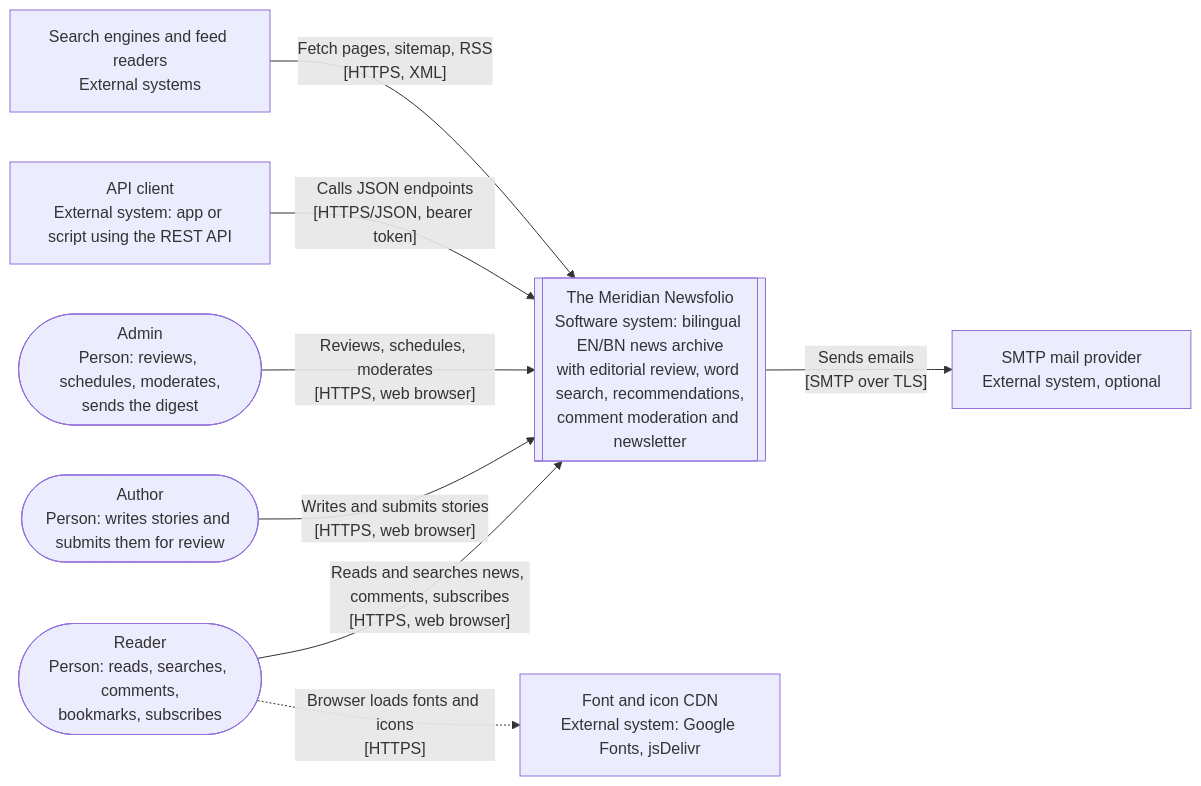
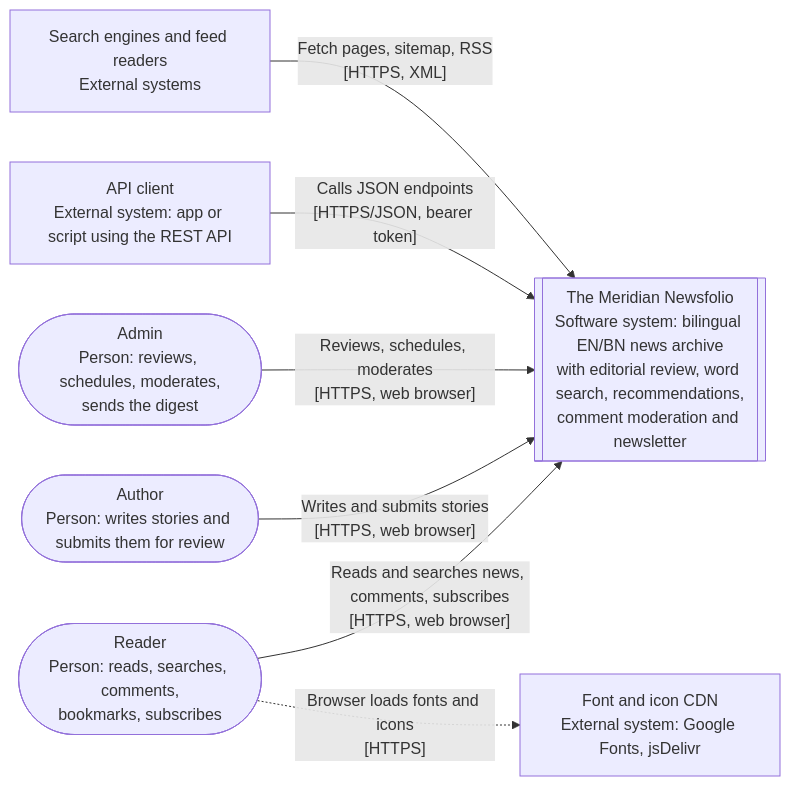
The first of 3 diagrams in sadp_delivery/09_C4_AND_4PLUS1/C4_DIAGRAMS.md (sadatnuman/News-Archive-.Net-Core-MVC-3-tier-Architecture-), drawn with Mermaid before and after one commit. The commit also changed other lines of this file and 71 other files, not shown here.

First line of the commit message:
Harden media deletion, sign-in lockout, section and user flows, API version contract and offline-only email; add regression tests, guarded smoke checks and final SADP documents

````diff
--- a/sadp_delivery/09_C4_AND_4PLUS1/C4_DIAGRAMS.md
+++ b/sadp_delivery/09_C4_AND_4PLUS1/C4_DIAGRAMS.md
@@ -48,19 +48,17 @@
 ```mermaid
 flowchart LR
     reader([Reader<br/>Person: reads, searches, comments,<br/>bookmarks, subscribes])
     author([Author<br/>Person: writes stories and submits them for review])
     admin([Admin<br/>Person: reviews, schedules, moderates,<br/>sends the digest])
     apiclient[API client<br/>External system: app or script using the REST API]
     system[["The Meridian Newsfolio<br/>Software system: bilingual EN/BN news archive<br/>with editorial review, word search, recommendations,<br/>comment moderation and newsletter"]]
-    smtp[SMTP mail provider<br/>External system, optional]
     crawlers[Search engines and feed readers<br/>External systems]
     cdn[Font and icon CDN<br/>External system: Google Fonts, jsDelivr]
 
     reader -- "Reads and searches news, comments, subscribes<br/>[HTTPS, web browser]" --> system
     author -- "Writes and submits stories<br/>[HTTPS, web browser]" --> system
     admin -- "Reviews, schedules, moderates<br/>[HTTPS, web browser]" --> system
     apiclient -- "Calls JSON endpoints<br/>[HTTPS/JSON, bearer token]" --> system
     crawlers -- "Fetch pages, sitemap, RSS<br/>[HTTPS, XML]" --> system
-    system -- "Sends emails<br/>[SMTP over TLS]" --> smtp
     reader -. "Browser loads fonts and icons<br/>[HTTPS]" .-> cdn
 ```
````
